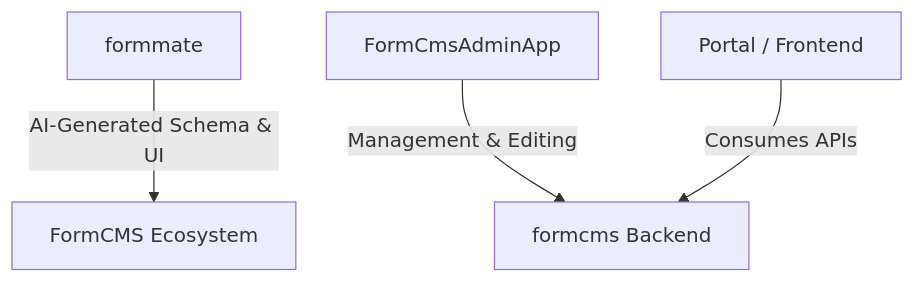
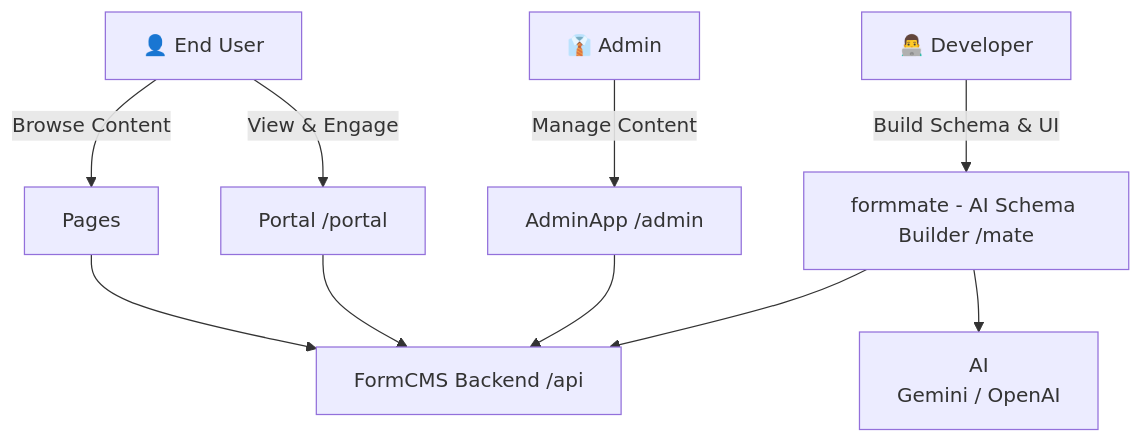
Before and after one commit to kaboomtastic9000k/formmate: the diagram in docs/wiki/Architecture.md, drawn with Mermaid. The commit also changed other lines of this file and 5 other files, not shown here.

````diff
--- a/docs/wiki/Architecture.md
+++ b/docs/wiki/Architecture.md
@@ -5,6 +5,30 @@
 ```mermaid
 graph TD
-    A[formmate] -->|AI-Generated Schema & UI| B[FormCMS Ecosystem]
-    C[FormCmsAdminApp] -->|Management & Editing| D[formcms Backend]
-    E[Portal / Frontend] -->|Consumes APIs| D
+    %% Users
+    U1[👨‍💻 Developer]
+    U2[👔 Admin]
+    U3[👤 End User]
+
+    %% User Interfaces
+    A[formmate - AI Schema Builder /mate]
+    C[AdminApp /admin]
+    D[Portal /portal]
+    P[Pages]
+
+    %% Backend Services
+    B[FormCMS Backend /api]
+    E[AI<br>Gemini / OpenAI]
+
+    %% User → UI
+    U1 -->|Build Schema & UI| A
+    U2 -->|Manage Content| C
+    U3 -->|View & Engage| D
+    U3 -->|Browse Content| P
+
+    %% UI → Backend
+    A --> B
+    A --> E
+    C --> B
+    D --> B
+    P --> B
 ```
````
